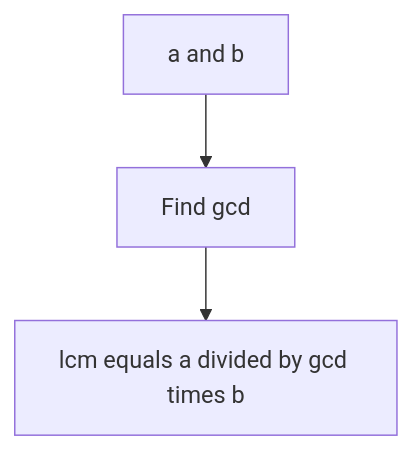
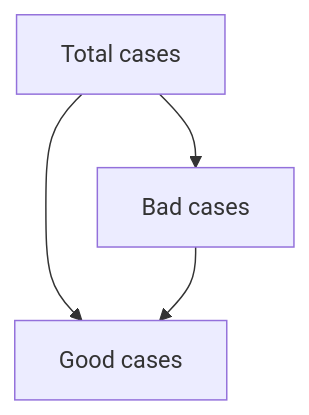
Before and after one commit to mthaiseer/springcloud-systemdesign-notes: diagram 11 of 14 in CP_DSA_NOTES/000_MATH/cp_dsa_math_visual_reference.md, drawn with Mermaid. The commit also changed other lines of this file, not shown here.

````diff
--- a/CP_DSA_NOTES/000_MATH/cp_dsa_math_visual_reference.md
+++ b/CP_DSA_NOTES/000_MATH/cp_dsa_math_visual_reference.md
@@ -420,5 +677,6 @@
 ```mermaid
 flowchart TD
-    A[a and b] --> B[Find gcd]
-    B --> C[lcm equals a divided by gcd times b]
+    A[Total cases] --> B[Bad cases]
+    A --> C[Good cases]
+    B --> C
 ```
````
